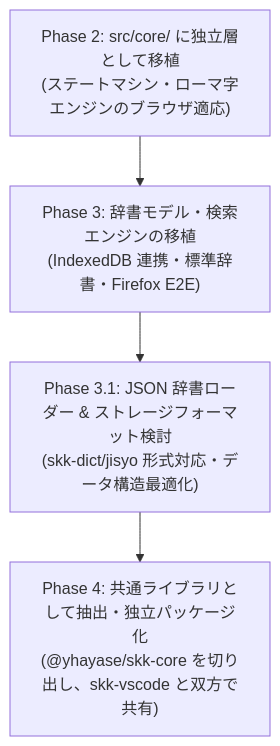
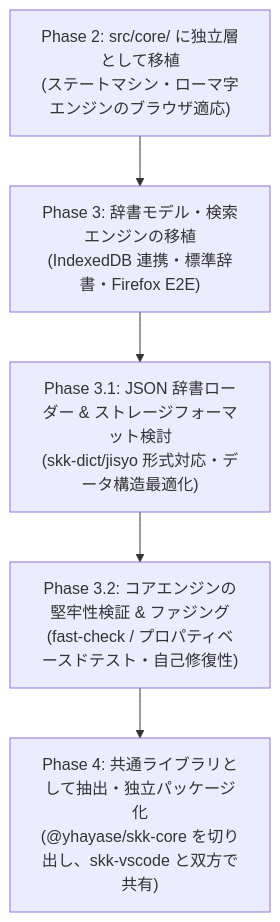
Before and after one commit to yhayase/HerissonSKK-browser: the diagram in docs/roadmap.md, drawn with Mermaid. The commit also changed other lines of this file and 1 other file, not shown here.

First line of the commit message:
docs: Phase 3.2 (ファジング・堅牢性検証) をロードマップに追加

````diff
--- a/docs/roadmap.md
+++ b/docs/roadmap.md
@@ -15,9 +15,10 @@
 ```mermaid
 flowchart TD
     Phase2["Phase 2: src/core/ に独立層として移植<br>(ステートマシン・ローマ字エンジンのブラウザ適応)"]
     Phase3["Phase 3: 辞書モデル・検索エンジンの移植<br>(IndexedDB 連携・標準辞書・Firefox E2E)"]
     Phase31["Phase 3.1: JSON 辞書ローダー & ストレージフォーマット検討<br>(skk-dict/jisyo 形式対応・データ構造最適化)"]
+    Phase32["Phase 3.2: コアエンジンの堅牢性検証 & ファジング<br>(fast-check / プロパティベースドテスト・自己修復性)"]
     Phase4["Phase 4: 共通ライブラリとして抽出・独立パッケージ化<br>(@yhayase/skk-core を切り出し、skk-vscode と双方で共有)"]
 
-    Phase2 --> Phase3 --> Phase31 --> Phase4
+    Phase2 --> Phase3 --> Phase31 --> Phase32 --> Phase4
 ```
````
